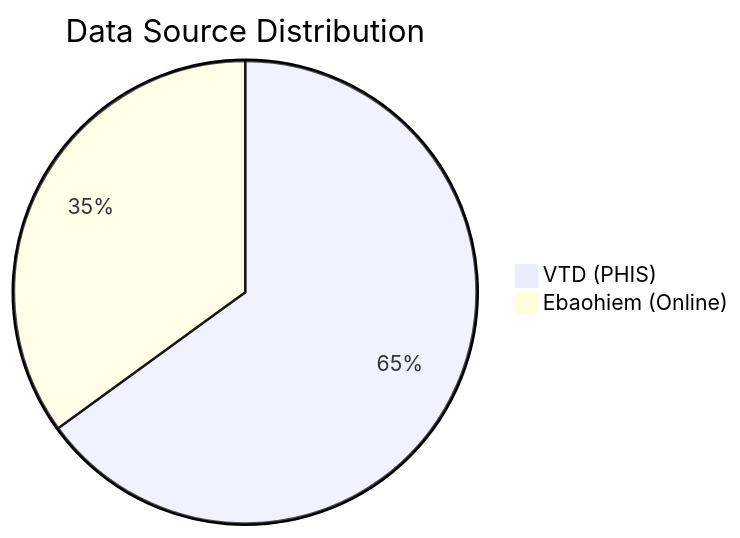
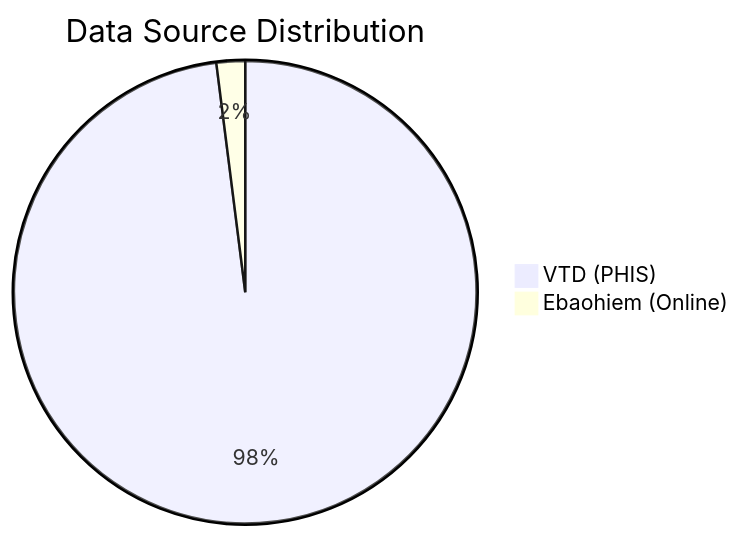
The eighth of 13 diagrams in README_CDP_PAC.md (sonphampac/ReportAI), drawn with Mermaid before and after one commit. The commit also changed other lines of this file, not shown here.

Commit message:
Update README_CDP_PAC.md
final

````diff
--- a/README_CDP_PAC.md
+++ b/README_CDP_PAC.md
@@ -816,5 +816,5 @@
 ```mermaid
 pie title Data Source Distribution  
-    "VTD (PHIS)" : 65
-    "Ebaohiem (Online)" : 35
+    "VTD (PHIS)" : 98
+    "Ebaohiem (Online)" : 2
 ```
````
